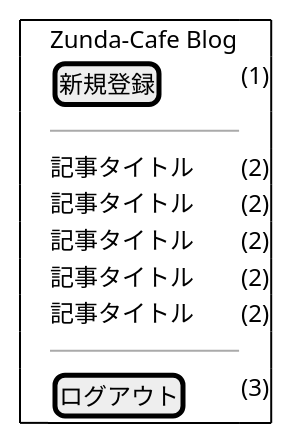
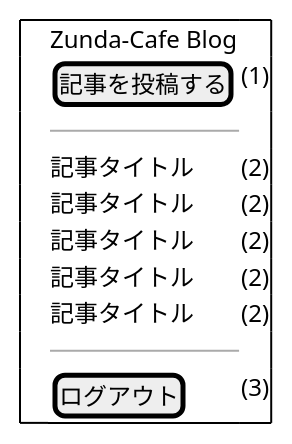
The third of 8 diagrams in source/ed/screen_design.rst (zunda-cafe/zunda-devstudy-doc), drawn with PlantUML before and after one commit. The commit also changed other lines of this file and 5 other files, not shown here.

```diff
--- a/source/ed/screen_design.rst
+++ b/source/ed/screen_design.rst
@@ -147,17 +147,17 @@
 .. uml::
 
   @startuml
   salt
   {+
     |　|Zunda-Cafe Blog   |*|*|.
-    |　|[新規登録]|*|*| (1)
+    |　|[記事を投稿する]|*|*| (1)
     |　| --- |*|*|.
     |　|記事タイトル|*|.| (2)
     |　|記事タイトル|*|.| (2)
     |　|記事タイトル|*|.| (2)
     |　|記事タイトル|*|.| (2)
     |　|記事タイトル|*|.| (2)
     |　| --- |*|*|.
     |　|[ログアウト]|*|*| (3)
   }
   @enduml
```
